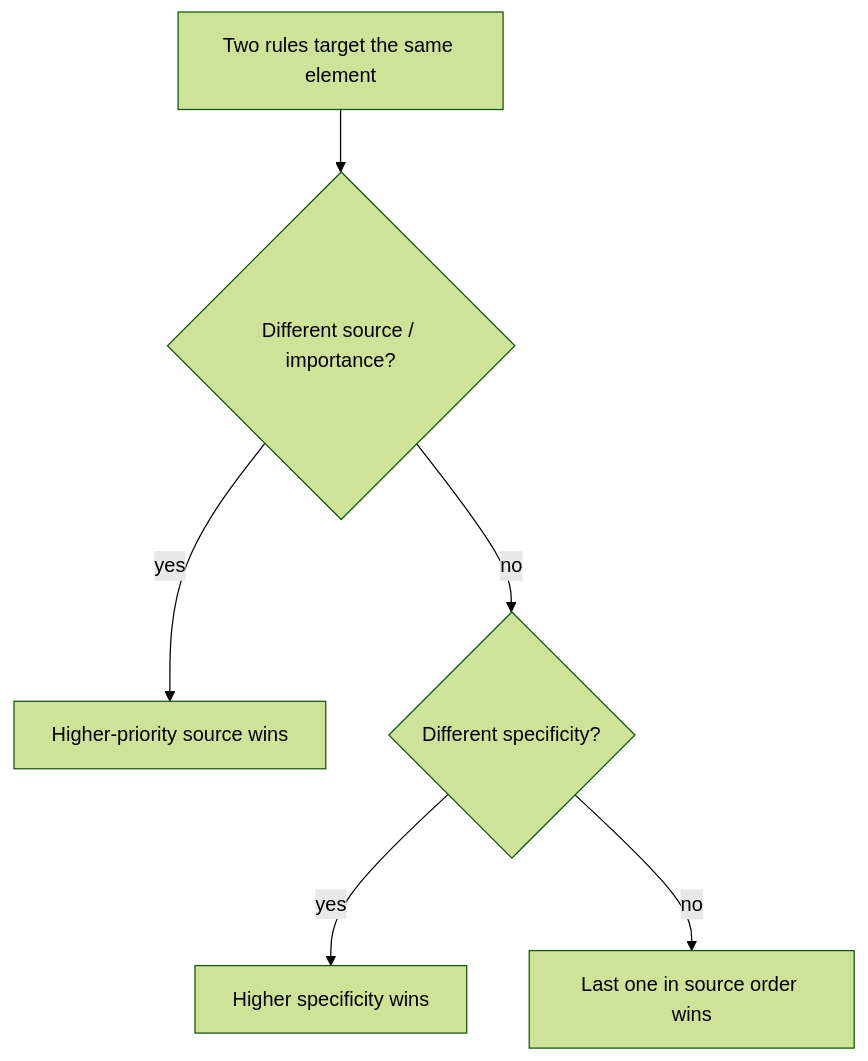
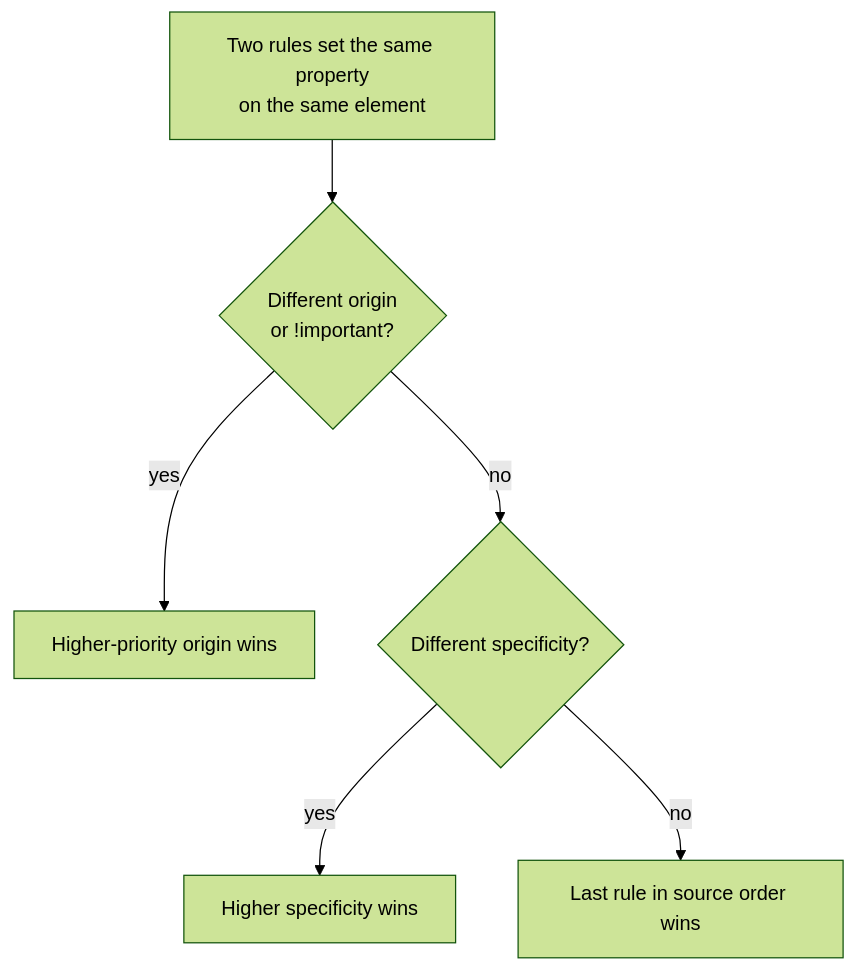
One commit to heshassan22/netcentric-academy changed the diagram in src/content/css/01-what-is-css.mdx. Above: the diagram before and after it, drawn with Mermaid (forest theme). The commit also changed other lines of this file and 13 other files, not shown here.

````diff
--- a/src/content/css/01-what-is-css.mdx
+++ b/src/content/css/01-what-is-css.mdx
@@ -45,8 +41,8 @@
 ```mermaid
 flowchart TD
-  S["Two rules target the same element"] --> I{"Different source / importance?"}
-  I -->|yes| W1["Higher-priority source wins"]
+  S["Two rules set the same property<br/>on the same element"] --> I{"Different origin<br/>or !important?"}
+  I -->|yes| W1["Higher-priority origin wins"]
   I -->|no| SP{"Different specificity?"}
   SP -->|yes| W2["Higher specificity wins"]
-  SP -->|no| W3["Last one in source order wins"]
+  SP -->|no| W3["Last rule in source order wins"]
 ```
````
